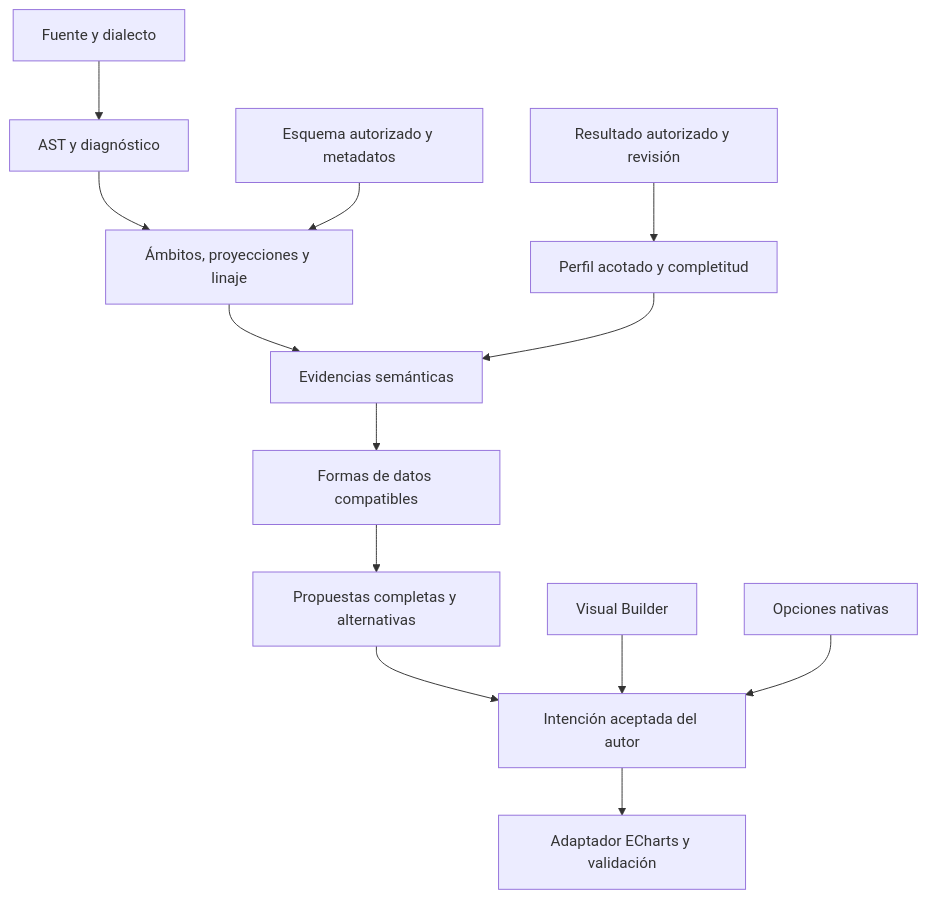
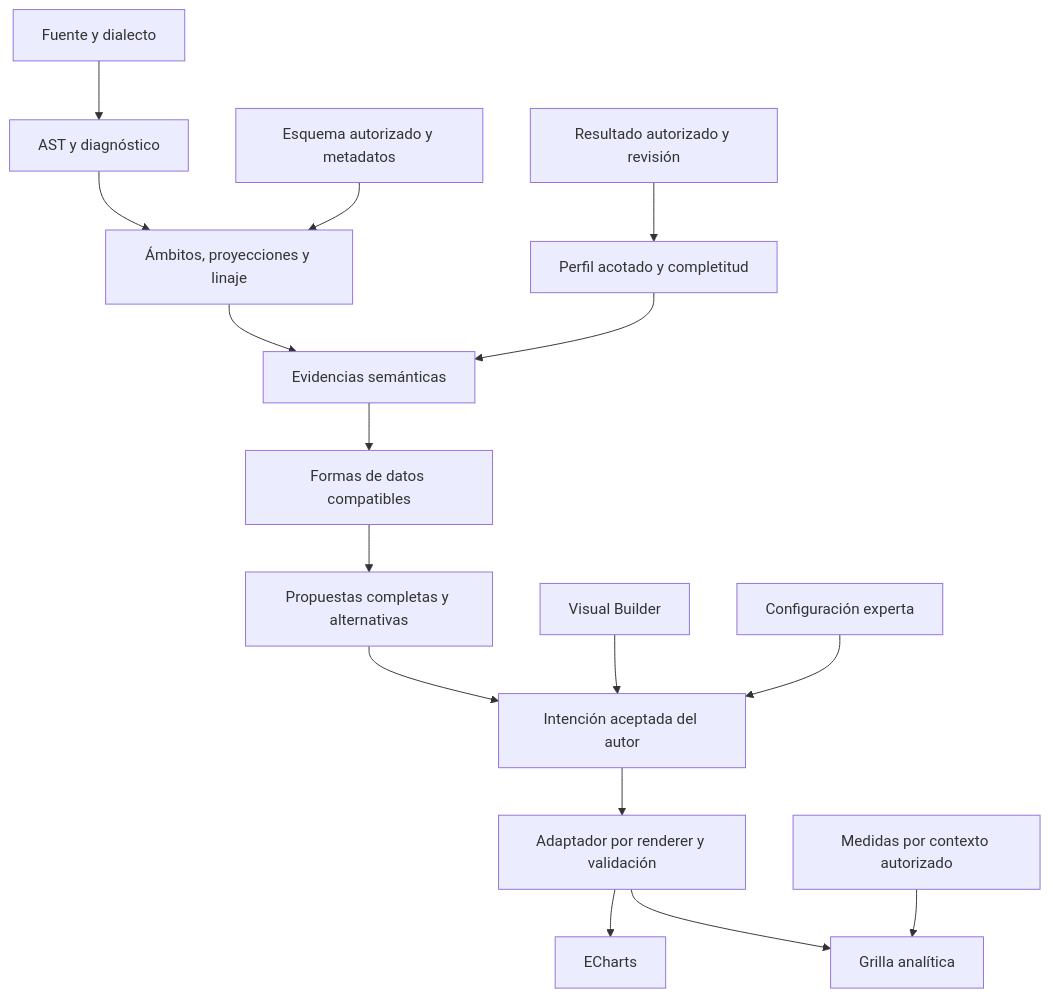
Before and after one commit to eribertocz/sqlviz: the diagram in docs/architecture/sqlviz-semantic-inference-architecture.md, drawn with Mermaid. The commit also changed other lines of this file and 10 other files, not shown here.

````diff
--- a/docs/architecture/sqlviz-semantic-inference-architecture.md
+++ b/docs/architecture/sqlviz-semantic-inference-architecture.md
@@ -48,15 +53,18 @@
 ```mermaid
 flowchart TD
     S[Fuente y dialecto] --> P[AST y diagnóstico]
     P --> A[Ámbitos, proyecciones y linaje]
     C[Esquema autorizado y metadatos] --> A
     Q[Resultado autorizado y revisión] --> R[Perfil acotado y completitud]
     A --> E[Evidencias semánticas]
     R --> E
     E --> H[Formas de datos compatibles]
     H --> V[Propuestas completas y alternativas]
     V --> I[Intención aceptada del autor]
     B[Visual Builder] --> I
-    N[Opciones nativas] --> I
-    I --> O[Adaptador ECharts y validación]
+    N[Configuración experta] --> I
+    I --> O[Adaptador por renderer y validación]
+    O --> EC[ECharts]
+    O --> G[Grilla analítica]
+    M[Medidas por contexto autorizado] --> G
 ```
````
